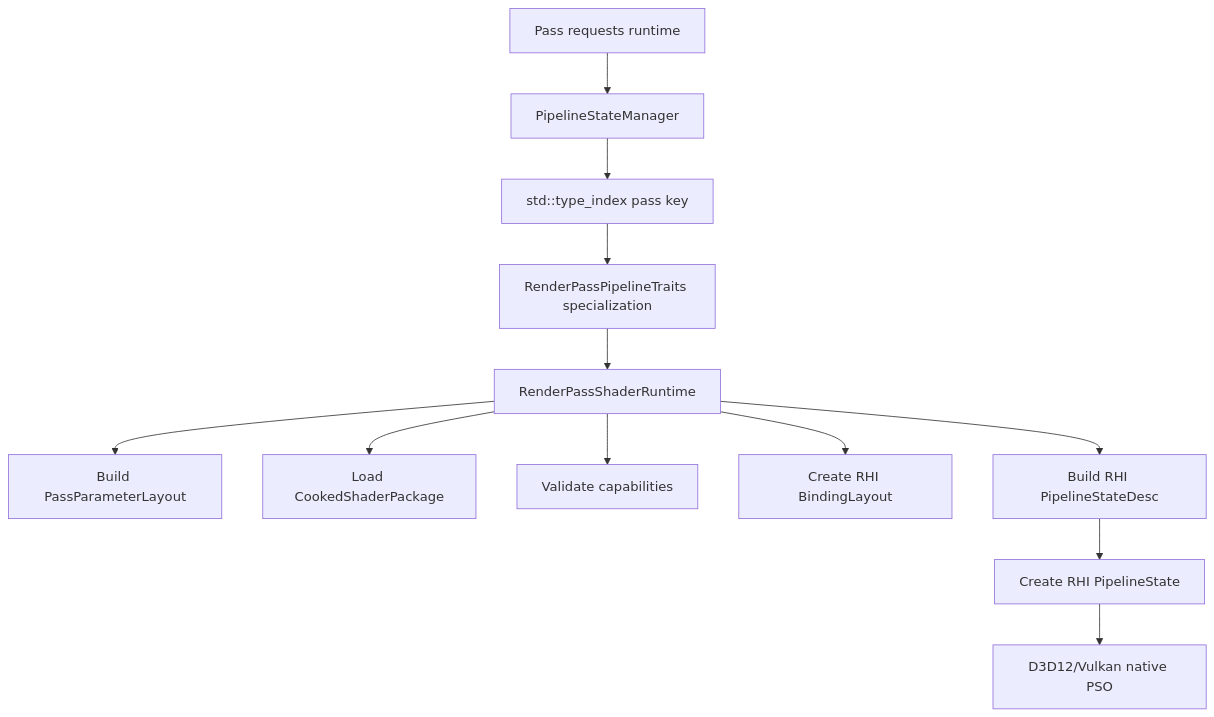
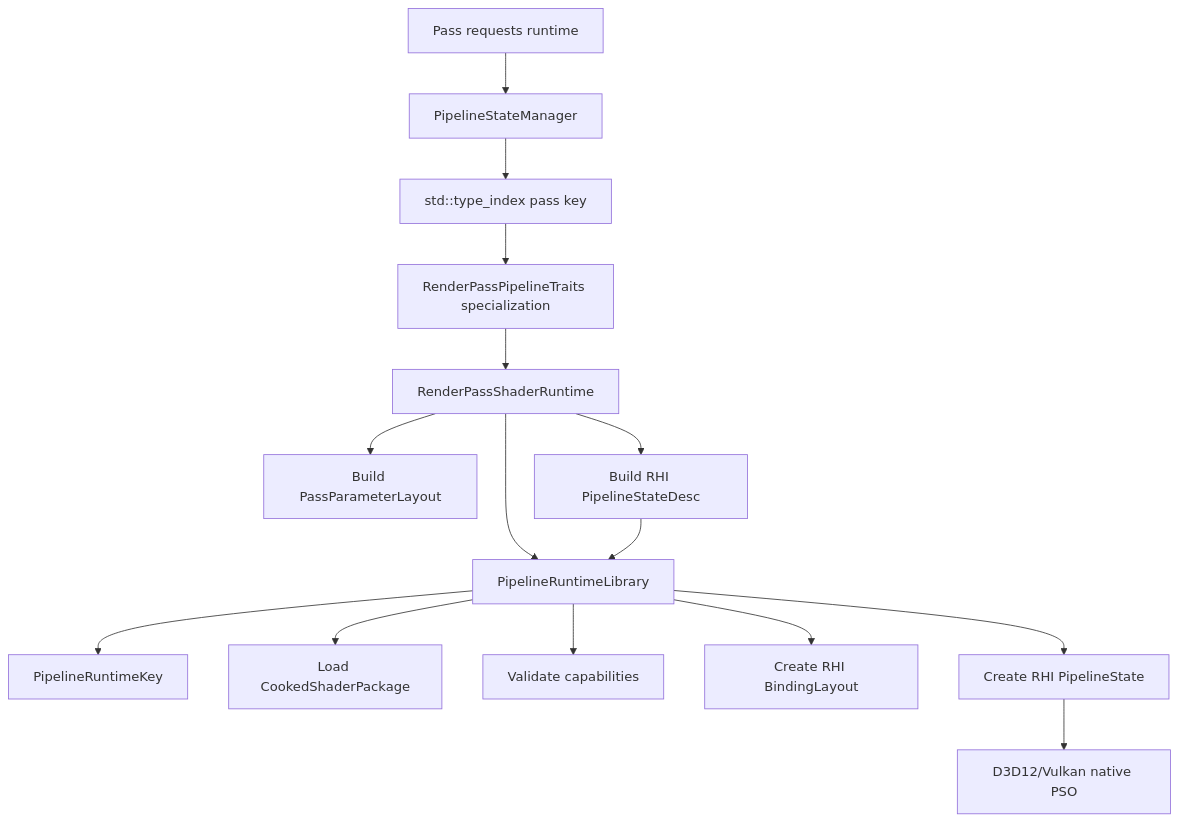
One commit to stoleckipawel/SparkleEngine changed the first of 3 diagrams in docs/architecture/pipeline-runtime-contract.md. Above: the diagram before and after it, drawn with Mermaid. The commit also changed other lines of this file and 11 other files, not shown here.

Commit message:
Introduce Explicit PSO Key And Pipeline Runtime Library

````diff
--- a/docs/architecture/pipeline-runtime-contract.md
+++ b/docs/architecture/pipeline-runtime-contract.md
@@ -51,27 +53,32 @@
 ```mermaid
 flowchart TD
     Request[Pass requests runtime]
     Manager[PipelineStateManager]
     TypeIndex[std::type_index pass key]
     Traits[RenderPassPipelineTraits specialization]
     Runtime[RenderPassShaderRuntime]
+    Library[PipelineRuntimeLibrary]
+    Key[PipelineRuntimeKey]
     Layout[Build PassParameterLayout]
     Package[Load CookedShaderPackage]
     Caps[Validate capabilities]
     Binding[Create RHI BindingLayout]
     Desc[Build RHI PipelineStateDesc]
     PSO[Create RHI PipelineState]
     Backend[D3D12/Vulkan native PSO]
 
     Request --> Manager
     Manager --> TypeIndex
     TypeIndex --> Traits
     Traits --> Runtime
     Runtime --> Layout
-    Runtime --> Package
-    Runtime --> Caps
-    Runtime --> Binding
+    Runtime --> Library
+    Library --> Package
+    Library --> Caps
+    Library --> Binding
+    Library --> Key
     Runtime --> Desc
-    Desc --> PSO
+    Desc --> Library
+    Library --> PSO
     PSO --> Backend
 ```
````
